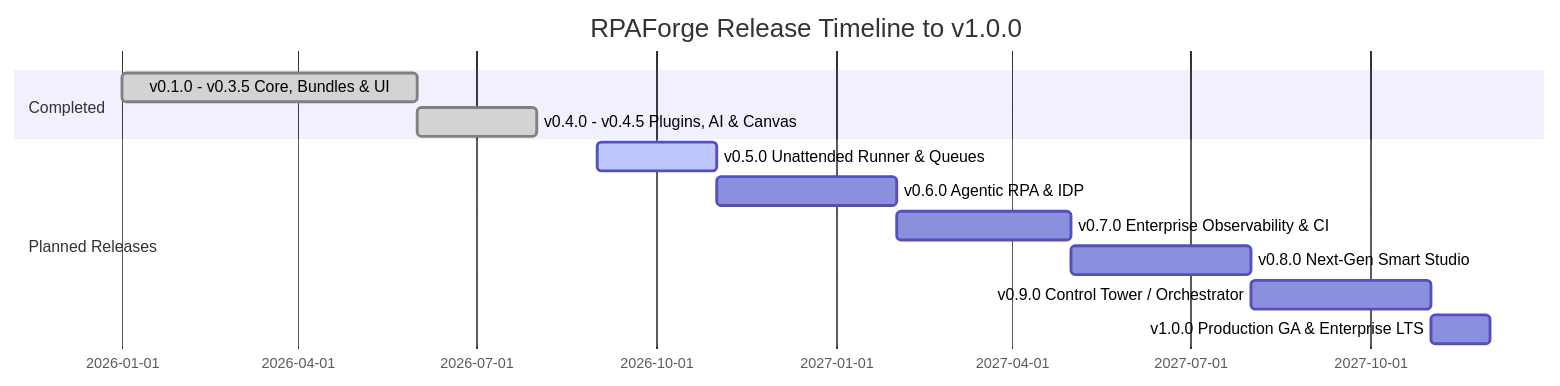
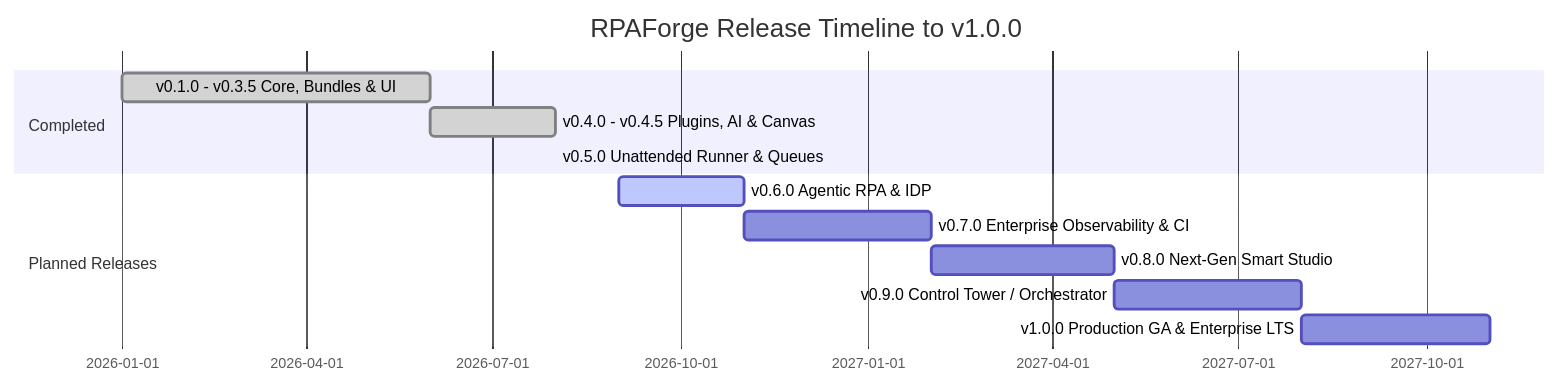
The diagram in ROADMAP.md (chelslava/rpaforge), drawn with Mermaid before and after one commit. The commit also changed other lines of this file and 73 other files, not shown here.

Commit message:
release(v0.5.0): Unattended Execution, Resilient Work Queues, Smart Selectors, and Studio UX

````diff
--- a/ROADMAP.md
+++ b/ROADMAP.md
@@ -40,15 +40,15 @@
 ```mermaid
 gantt
     title RPAForge Release Timeline to v1.0.0
     dateFormat  YYYY-MM
     section Completed
     v0.1.0 - v0.3.5 Core, Bundles & UI    :done, 2026-01, 2026-06
     v0.4.0 - v0.4.5 Plugins, AI & Canvas  :done, 2026-06, 2026-08
+    v0.5.0 Unattended Runner & Queues     :done, 2026-08, 2026-08
     section Planned Releases
-    v0.5.0 Unattended Runner & Queues     :active, 2026-09, 2026-11
-    v0.6.0 Agentic RPA & IDP               :2026-11, 2027-02
-    v0.7.0 Enterprise Observability & CI   :2027-02, 2027-05
-    v0.8.0 Next-Gen Smart Studio           :2027-05, 2027-08
-    v0.9.0 Control Tower / Orchestrator    :2027-08, 2027-11
-    v1.0.0 Production GA & Enterprise LTS :2027-11, 2027-12
+    v0.6.0 Agentic RPA & IDP               :active, 2026-09, 2026-11
+    v0.7.0 Enterprise Observability & CI   :2026-11, 2027-02
+    v0.8.0 Next-Gen Smart Studio           :2027-02, 2027-05
+    v0.9.0 Control Tower / Orchestrator    :2027-05, 2027-08
+    v1.0.0 Production GA & Enterprise LTS :2027-08, 2027-11
 ```
````
